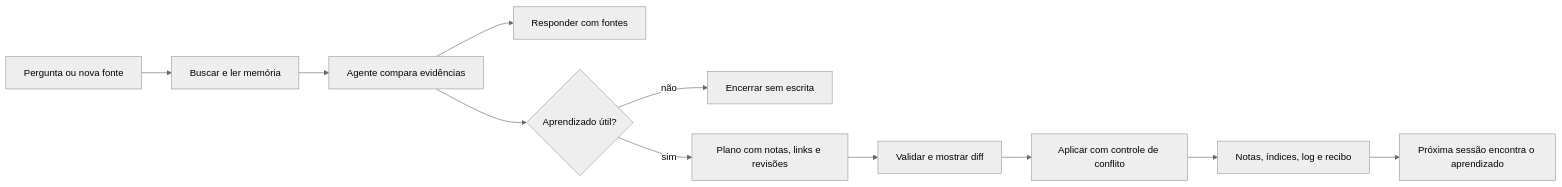
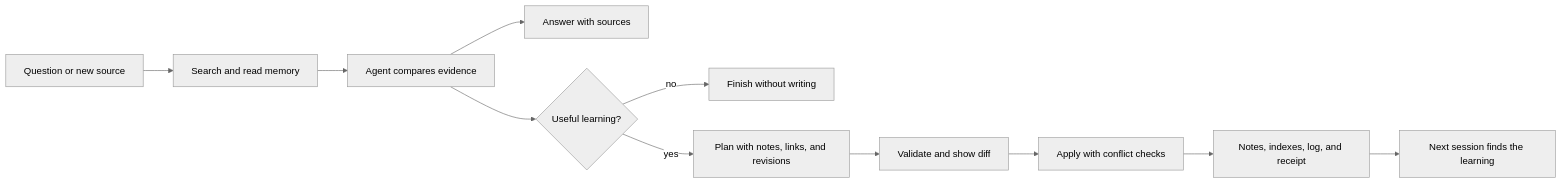
The second of 2 diagrams in docs/project-overview.md (matheus3301/kb), drawn with Mermaid (neutral theme) before and after one commit. The commit also changed other lines of this file and 17 other files, not shown here.

````diff
--- a/docs/project-overview.md
+++ b/docs/project-overview.md
@@ -101,13 +108,13 @@
 ```mermaid
 flowchart LR
-    Q[Pergunta ou nova fonte] --> S[Buscar e ler memória]
-    S --> R[Agente compara evidências]
-    R --> ANSWER[Responder com fontes]
-    R --> NEW{Aprendizado útil?}
-    NEW -->|não| END[Encerrar sem escrita]
-    NEW -->|sim| PLAN[Plano com notas, links e revisões]
-    PLAN --> PREVIEW[Validar e mostrar diff]
-    PREVIEW --> APPLY[Aplicar com controle de conflito]
-    APPLY --> NEXT[Notas, índices, log e recibo]
-    NEXT --> FUTURE[Próxima sessão encontra o aprendizado]
+    Q[Question or new source] --> S[Search and read memory]
+    S --> R[Agent compares evidence]
+    R --> ANSWER[Answer with sources]
+    R --> NEW{Useful learning?}
+    NEW -->|no| END[Finish without writing]
+    NEW -->|yes| PLAN[Plan with notes, links, and revisions]
+    PLAN --> PREVIEW[Validate and show diff]
+    PREVIEW --> APPLY[Apply with conflict checks]
+    APPLY --> NEXT[Notes, indexes, log, and receipt]
+    NEXT --> FUTURE[Next session finds the learning]
 ```
````
